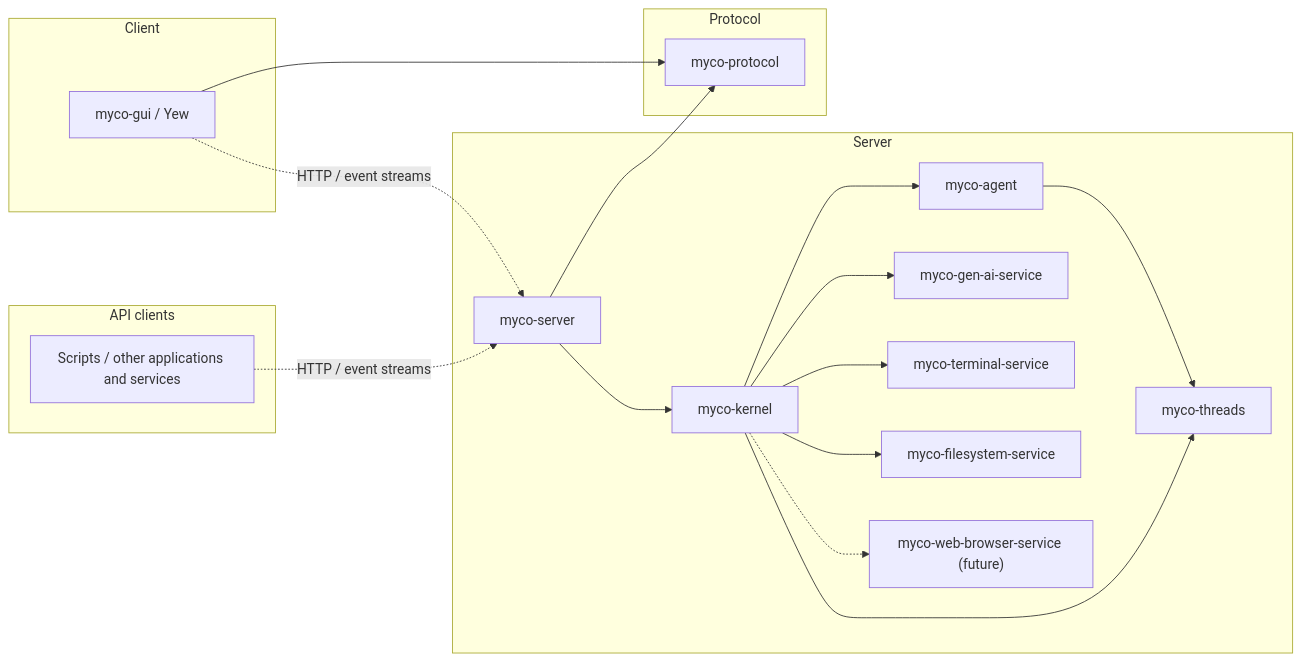
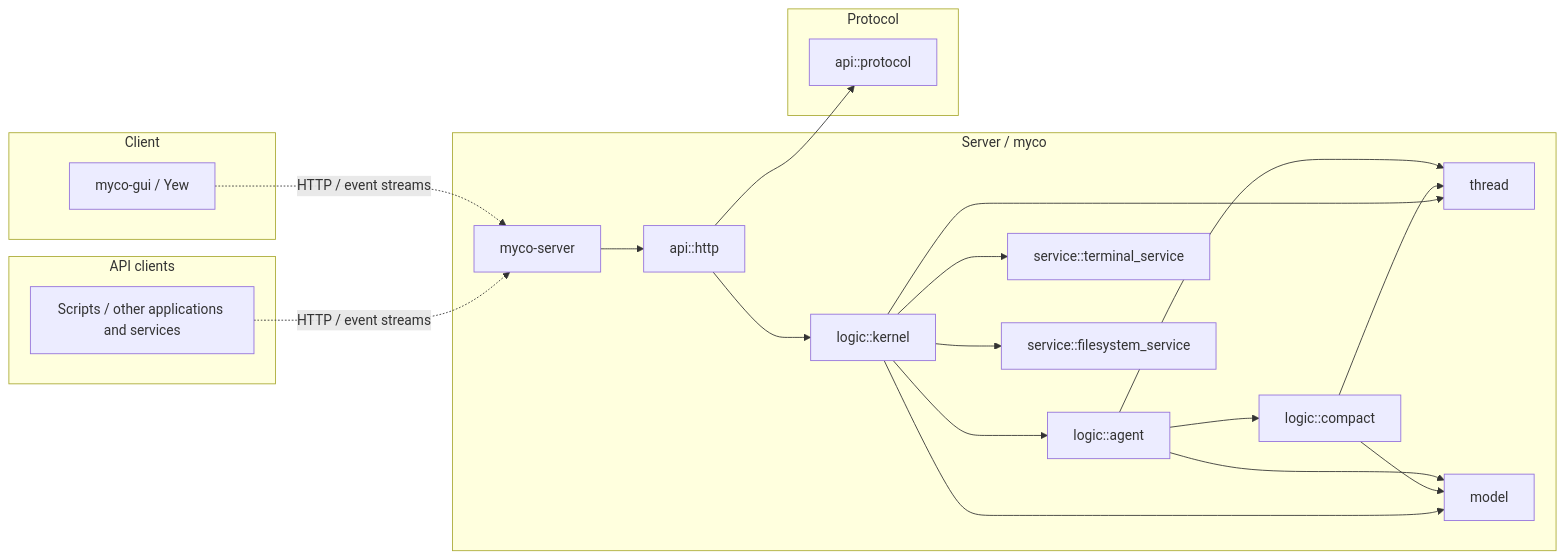
One commit to tsnl/myco changed the diagram in DESIGN.md. Above: the diagram before and after it, drawn with Mermaid. The commit also changed other lines of this file and 1 other file, not shown here.

````diff
--- a/DESIGN.md
+++ b/DESIGN.md
@@ -7,26 +29,31 @@
 ```mermaid
 flowchart LR
-    subgraph Server
-        server[myco-server] --> kernel[myco-kernel]
-        kernel --> agent[myco-agent]
-        agent --> threads[myco-threads]
-        kernel --> threads
-        kernel --> gen_ai[myco-gen-ai-service]
-        kernel --> terminal[myco-terminal-service]
-        kernel --> filesystem[myco-filesystem-service]
-        kernel -.-> browser["myco-web-browser-service (future)"]
+    subgraph Server["Server / myco"]
+        server[myco-server] --> http[api::http]
+        http --> kernel[logic::kernel]
+        kernel --> agent[logic::agent]
+        agent --> compact[logic::compact]
+        agent --> thread
+        agent --> model
+        compact --> thread
+        compact --> model
+        kernel --> thread
+        kernel --> model
+        thread[thread]
+        model[model]
+        kernel --> terminal[service::terminal_service]
+        kernel --> filesystem[service::filesystem_service]
     end
     subgraph Protocol
-        protocol[myco-protocol]
+        protocol[api::protocol]
     end
     subgraph Client
         gui[myco-gui / Yew]
     end
     subgraph Integrations[API clients]
         scripts["Scripts / other applications and services"]
     end
-    server --> protocol
-    gui --> protocol
+    http --> protocol
     gui -. HTTP / event streams .-> server
     scripts -. HTTP / event streams .-> server
 ```
````
